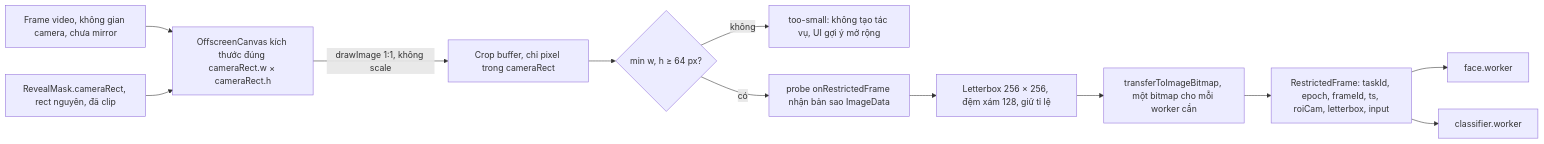
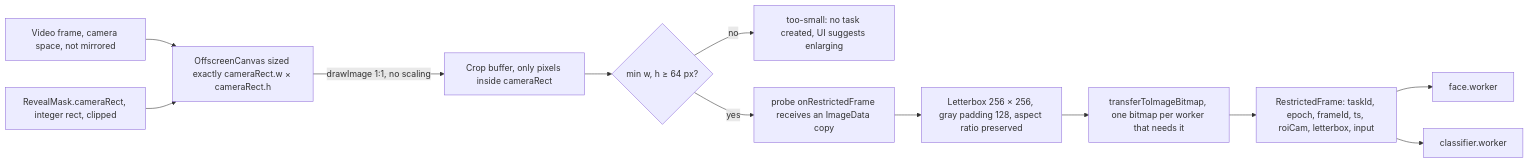
One commit to Lorah101204/Finger_And_Face_Tracking changed diagram 11 of 18 in docs/WORK-BREAKDOWN.md. Above: the diagram before and after it, drawn with Mermaid. The commit also changed other lines of this file and 35 other files, not shown here.

````diff
--- a/docs/WORK-BREAKDOWN.md
+++ b/docs/WORK-BREAKDOWN.md
@@ -624,14 +624,14 @@
 ```mermaid
 flowchart LR
-  V["Frame video, không gian camera, chưa mirror"] --> C1["OffscreenCanvas kích thước đúng cameraRect.w × cameraRect.h"]
-  MK["RevealMask.cameraRect, rect nguyên, đã clip"] --> C1
-  C1 -- "drawImage 1:1, không scale" --> CROP["Crop buffer, chỉ pixel trong cameraRect"]
+  V["Video frame, camera space, not mirrored"] --> C1["OffscreenCanvas sized exactly cameraRect.w × cameraRect.h"]
+  MK["RevealMask.cameraRect, integer rect, clipped"] --> C1
+  C1 -- "drawImage 1:1, no scaling" --> CROP["Crop buffer, only pixels inside cameraRect"]
   CROP --> SM{"min w, h ≥ 64 px?"}
-  SM -- không --> TS["too-small: không tạo tác vụ, UI gợi ý mở rộng"]
-  SM -- có --> PR["probe onRestrictedFrame nhận bản sao ImageData"]
-  PR --> LB["Letterbox 256 × 256, đệm xám 128, giữ tỉ lệ"]
-  LB --> BM["transferToImageBitmap, một bitmap cho mỗi worker cần"]
+  SM -- no --> TS["too-small: no task created, UI suggests enlarging"]
+  SM -- yes --> PR["probe onRestrictedFrame receives an ImageData copy"]
+  PR --> LB["Letterbox 256 × 256, gray padding 128, aspect ratio preserved"]
+  LB --> BM["transferToImageBitmap, one bitmap per worker that needs it"]
   BM --> OUT["RestrictedFrame: taskId, epoch, frameId, ts, roiCam, letterbox, input"]
   OUT --> FWk["face.worker"]
   OUT --> CWk["classifier.worker"]
 ```
````
